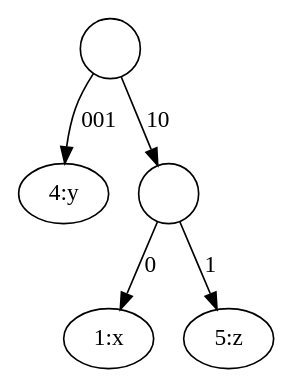
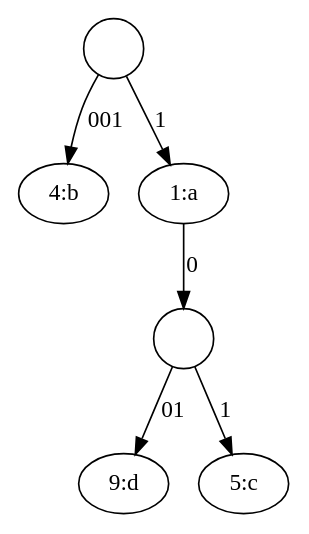
One commit to liuxinyu95/AlgoXY changed the diagram in algo/datastruct/tree/trie/img/little-endian-patricia.dot. Above: the diagram before and after it, drawn with Graphviz. The commit also changed 6 other files, not shown here.

First line of the commit message:
Fixed problem of {1:x, 4:y, 5:z} int trie figure, the original problems is in Okasaki's paper.

```diff
--- a/algo/datastruct/tree/trie/img/little-endian-patricia.dot
+++ b/algo/datastruct/tree/trie/img/little-endian-patricia.dot
@@ -1,13 +1,14 @@
-/*created by invoking trie2dot.py -o filename.dot -t patricia "001:y, 100:x, 101:z"*/
 digraph G{
 	node[shape=circle]
 	t[label=""];
-	t001[label="4:y", shape=ellipse];
+	t001[label="4:b", shape=ellipse];
 	t->t001[label="001"]
+	t1[label="1:a", shape=ellipse];
 	t10[label=""];
-	t100[label="1:x", shape=ellipse];
-	t10->t100[label="0"]
-	t101[label="5:z", shape=ellipse];
+	t1001[label="9:d", shape=ellipse];
+	t10->t1001[label="01"]
+	t101[label="5:c", shape=ellipse];
 	t10->t101[label="1"]
-	t->t10[label="10"]
+	t1->t10[label="0"]
+	t->t1[label="1"]
 }
```
